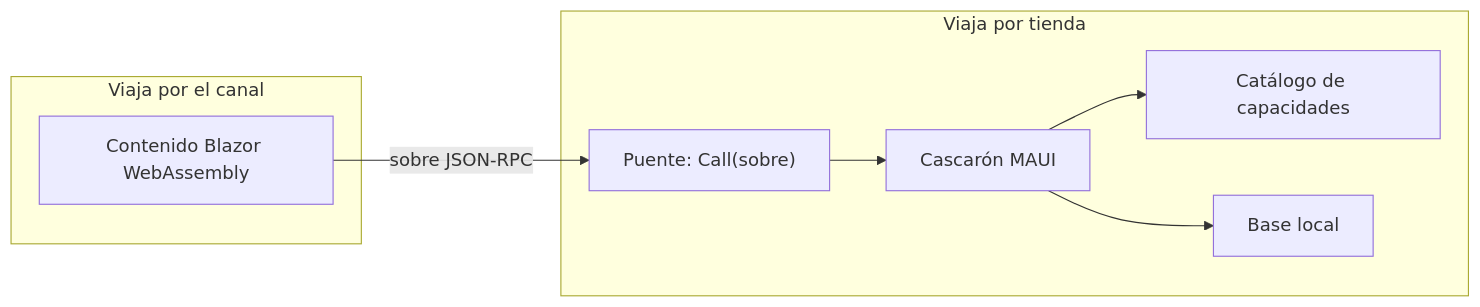
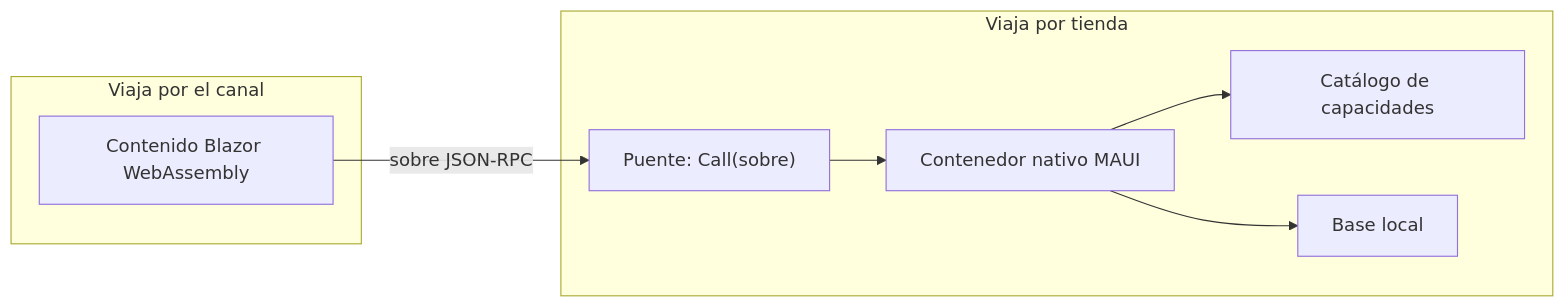
Before and after one commit to hdcm-dev/Lab-Documentos: the eighth of 27 diagrams in Concepts/Framework-Concept/MAUI-Framework-Developer-Guide.md, drawn with Mermaid. The commit also changed other lines of this file and 10 other files, not shown here.

First line of the commit message:
Framework-Concept: «cascarón» → «contenedor nativo» (ADR-0001) y pauta Apple 4.7.2

````diff
--- a/Concepts/Framework-Concept/MAUI-Framework-Developer-Guide.md
+++ b/Concepts/Framework-Concept/MAUI-Framework-Developer-Guide.md
@@ -858,16 +858,16 @@
 ```mermaid
 flowchart LR
     subgraph Tienda["Viaja por tienda"]
-        Cascaron["Cascarón MAUI"]
+        Cascaron["Contenedor nativo MAUI"]
         Puente["Puente: Call(sobre)"]
         Catalogo["Catálogo de capacidades"]
         Base["Base local"]
     end
     subgraph Canal["Viaja por el canal"]
         Contenido["Contenido Blazor WebAssembly"]
     end
     Contenido -- "sobre JSON-RPC" --> Puente
     Puente --> Cascaron
     Cascaron --> Catalogo
     Cascaron --> Base
 ```
````
